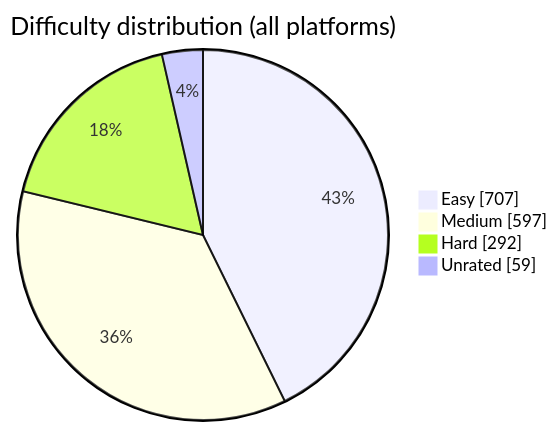
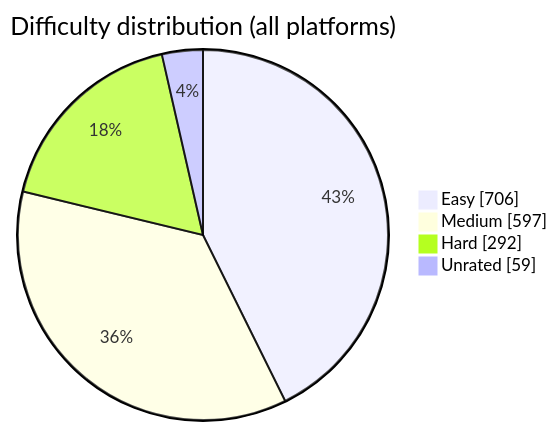
Before and after one commit to BuildbyArindam/Daily-Coding-Log: the diagram in README.md, drawn with Mermaid. The commit also changed other lines of this file, not shown here.

````diff
--- a/README.md
+++ b/README.md
@@ -93,7 +93,7 @@
 ```mermaid
 pie showData title Difficulty distribution (all platforms)
-    "Easy" : 707
+    "Easy" : 706
     "Medium" : 597
     "Hard" : 292
     "Unrated" : 59
 ```
````
